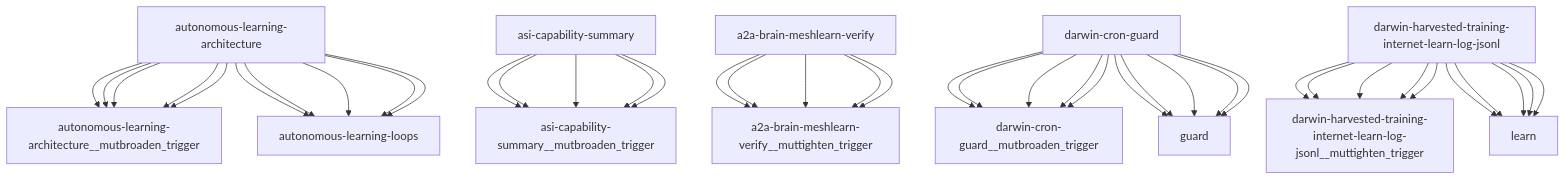
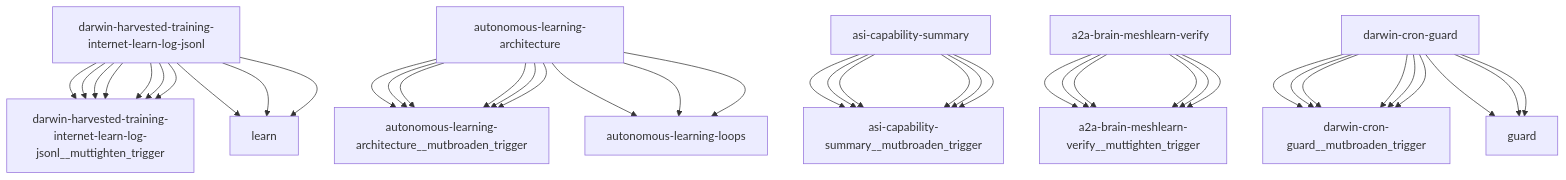
One commit to openamer-max/max-scripts changed the diagram in reports/darwin-report.md. Above: the diagram before and after it, drawn with Mermaid. The commit also changed other lines of this file and 8 other files, not shown here.

````diff
--- a/reports/darwin-report.md
+++ b/reports/darwin-report.md
@@ -74,43 +74,43 @@
 ```mermaid
 graph TD
+    darwin-harvested-training-internet-learn-log-jsonl["darwin-harvested-training-internet-learn-log-jsonl"] --> darwin-harvested-training-internet-learn-log-jsonl__muttighten_trigger["darwin-harvested-training-internet-learn-log-jsonl__muttighten_trigger"]
+    autonomous-learning-architecture["autonomous-learning-architecture"] --> autonomous-learning-architecture__mutbroaden_trigger["autonomous-learning-architecture__mutbroaden_trigger"]
+    asi-capability-summary["asi-capability-summary"] --> asi-capability-summary__mutbroaden_trigger["asi-capability-summary__mutbroaden_trigger"]
+    a2a-brain-meshlearn-verify["a2a-brain-meshlearn-verify"] --> a2a-brain-meshlearn-verify__muttighten_trigger["a2a-brain-meshlearn-verify__muttighten_trigger"]
+    darwin-cron-guard["darwin-cron-guard"] --> darwin-cron-guard__mutbroaden_trigger["darwin-cron-guard__mutbroaden_trigger"]
+    darwin-harvested-training-internet-learn-log-jsonl["darwin-harvested-training-internet-learn-log-jsonl"] --> darwin-harvested-training-internet-learn-log-jsonl__muttighten_trigger["darwin-harvested-training-internet-learn-log-jsonl__muttighten_trigger"]
+    autonomous-learning-architecture["autonomous-learning-architecture"] --> autonomous-learning-architecture__mutbroaden_trigger["autonomous-learning-architecture__mutbroaden_trigger"]
+    asi-capability-summary["asi-capability-summary"] --> asi-capability-summary__mutbroaden_trigger["asi-capability-summary__mutbroaden_trigger"]
+    a2a-brain-meshlearn-verify["a2a-brain-meshlearn-verify"] --> a2a-brain-meshlearn-verify__muttighten_trigger["a2a-brain-meshlearn-verify__muttighten_trigger"]
+    darwin-cron-guard["darwin-cron-guard"] --> darwin-cron-guard__mutbroaden_trigger["darwin-cron-guard__mutbroaden_trigger"]
+    darwin-harvested-training-internet-learn-log-jsonl["darwin-harvested-training-internet-learn-log-jsonl"] --> darwin-harvested-training-internet-learn-log-jsonl__muttighten_trigger["darwin-harvested-training-internet-learn-log-jsonl__muttighten_trigger"]
     autonomous-learning-architecture["autonomous-learning-architecture"] --> autonomous-learning-architecture__mutbroaden_trigger["autonomous-learning-architecture__mutbroaden_trigger"]
     asi-capability-summary["asi-capability-summary"] --> asi-capability-summary__mutbroaden_trigger["asi-capability-summary__mutbroaden_trigger"]
     a2a-brain-meshlearn-verify["a2a-brain-meshlearn-verify"] --> a2a-brain-meshlearn-verify__muttighten_trigger["a2a-brain-meshlearn-verify__muttighten_trigger"]
     darwin-cron-guard["darwin-cron-guard"] --> darwin-cron-guard__mutbroaden_trigger["darwin-cron-guard__mutbroaden_trigger"]
     darwin-harvested-training-internet-learn-log-jsonl["darwin-harvested-training-internet-learn-log-jsonl"] --> darwin-harvested-training-internet-learn-log-jsonl__muttighten_trigger["darwin-harvested-training-internet-learn-log-jsonl__muttighten_trigger"]
     autonomous-learning-architecture["autonomous-learning-architecture"] --> autonomous-learning-loops["autonomous-learning-loops"]
     darwin-cron-guard["darwin-cron-guard"] --> guard["guard"]
     darwin-harvested-training-internet-learn-log-jsonl["darwin-harvested-training-internet-learn-log-jsonl"] --> learn["learn"]
     autonomous-learning-architecture["autonomous-learning-architecture"] --> autonomous-learning-architecture__mutbroaden_trigger["autonomous-learning-architecture__mutbroaden_trigger"]
     asi-capability-summary["asi-capability-summary"] --> asi-capability-summary__mutbroaden_trigger["asi-capability-summary__mutbroaden_trigger"]
     a2a-brain-meshlearn-verify["a2a-brain-meshlearn-verify"] --> a2a-brain-meshlearn-verify__muttighten_trigger["a2a-brain-meshlearn-verify__muttighten_trigger"]
     darwin-cron-guard["darwin-cron-guard"] --> darwin-cron-guard__mutbroaden_trigger["darwin-cron-guard__mutbroaden_trigger"]
     darwin-harvested-training-internet-learn-log-jsonl["darwin-harvested-training-internet-learn-log-jsonl"] --> darwin-harvested-training-internet-learn-log-jsonl__muttighten_trigger["darwin-harvested-training-internet-learn-log-jsonl__muttighten_trigger"]
-    autonomous-learning-architecture["autonomous-learning-architecture"] --> autonomous-learning-loops["autonomous-learning-loops"]
-    darwin-cron-guard["darwin-cron-guard"] --> guard["guard"]
-    darwin-harvested-training-internet-learn-log-jsonl["darwin-harvested-training-internet-learn-log-jsonl"] --> learn["learn"]
-    autonomous-learning-architecture["autonomous-learning-architecture"] --> autonomous-learning-architecture__mutbroaden_trigger["autonomous-learning-architecture__mutbroaden_trigger"]
-    asi-capability-summary["asi-capability-summary"] --> asi-capability-summary__mutbroaden_trigger["asi-capability-summary__mutbroaden_trigger"]
-    a2a-brain-meshlearn-verify["a2a-brain-meshlearn-verify"] --> a2a-brain-meshlearn-verify__muttighten_trigger["a2a-brain-meshlearn-verify__muttighten_trigger"]
-    darwin-cron-guard["darwin-cron-guard"] --> darwin-cron-guard__mutbroaden_trigger["darwin-cron-guard__mutbroaden_trigger"]
-    darwin-harvested-training-internet-learn-log-jsonl["darwin-harvested-training-internet-learn-log-jsonl"] --> darwin-harvested-training-internet-learn-log-jsonl__muttighten_trigger["darwin-harvested-training-internet-learn-log-jsonl__muttighten_trigger"]
-    autonomous-learning-architecture["autonomous-learning-architecture"] --> autonomous-learning-loops["autonomous-learning-loops"]
-    darwin-cron-guard["darwin-cron-guard"] --> guard["guard"]
-    darwin-harvested-training-internet-learn-log-jsonl["darwin-harvested-training-internet-learn-log-jsonl"] --> learn["learn"]
     autonomous-learning-architecture["autonomous-learning-architecture"] --> autonomous-learning-architecture__mutbroaden_trigger["autonomous-learning-architecture__mutbroaden_trigger"]
     asi-capability-summary["asi-capability-summary"] --> asi-capability-summary__mutbroaden_trigger["asi-capability-summary__mutbroaden_trigger"]
     a2a-brain-meshlearn-verify["a2a-brain-meshlearn-verify"] --> a2a-brain-meshlearn-verify__muttighten_trigger["a2a-brain-meshlearn-verify__muttighten_trigger"]
     darwin-cron-guard["darwin-cron-guard"] --> darwin-cron-guard__mutbroaden_trigger["darwin-cron-guard__mutbroaden_trigger"]
     darwin-harvested-training-internet-learn-log-jsonl["darwin-harvested-training-internet-learn-log-jsonl"] --> darwin-harvested-training-internet-learn-log-jsonl__muttighten_trigger["darwin-harvested-training-internet-learn-log-jsonl__muttighten_trigger"]
     autonomous-learning-architecture["autonomous-learning-architecture"] --> autonomous-learning-loops["autonomous-learning-loops"]
     darwin-cron-guard["darwin-cron-guard"] --> guard["guard"]
     darwin-harvested-training-internet-learn-log-jsonl["darwin-harvested-training-internet-learn-log-jsonl"] --> learn["learn"]
     autonomous-learning-architecture["autonomous-learning-architecture"] --> autonomous-learning-architecture__mutbroaden_trigger["autonomous-learning-architecture__mutbroaden_trigger"]
     asi-capability-summary["asi-capability-summary"] --> asi-capability-summary__mutbroaden_trigger["asi-capability-summary__mutbroaden_trigger"]
     a2a-brain-meshlearn-verify["a2a-brain-meshlearn-verify"] --> a2a-brain-meshlearn-verify__muttighten_trigger["a2a-brain-meshlearn-verify__muttighten_trigger"]
     darwin-cron-guard["darwin-cron-guard"] --> darwin-cron-guard__mutbroaden_trigger["darwin-cron-guard__mutbroaden_trigger"]
     darwin-harvested-training-internet-learn-log-jsonl["darwin-harvested-training-internet-learn-log-jsonl"] --> darwin-harvested-training-internet-learn-log-jsonl__muttighten_trigger["darwin-harvested-training-internet-learn-log-jsonl__muttighten_trigger"]
     autonomous-learning-architecture["autonomous-learning-architecture"] --> autonomous-learning-loops["autonomous-learning-loops"]
     darwin-cron-guard["darwin-cron-guard"] --> guard["guard"]
     darwin-harvested-training-internet-learn-log-jsonl["darwin-harvested-training-internet-learn-log-jsonl"] --> learn["learn"]
 ```
````
